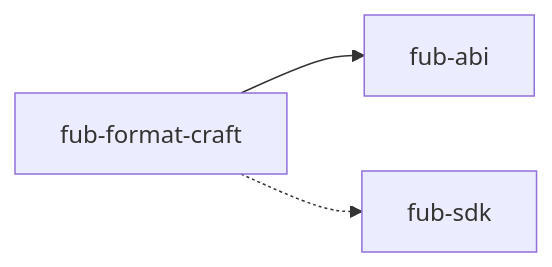
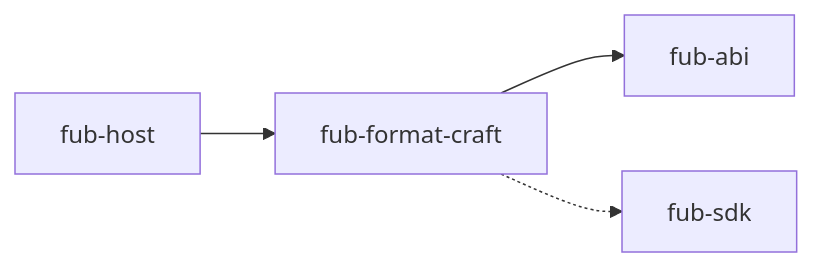
One commit to Fubeo/Fub changed the fourth of 5 diagrams in docs/architecture/overview.md. Above: the diagram before and after it, drawn with Mermaid. The commit also changed other lines of this file and 17 other files, not shown here.

Commit message:
feat(craft): il bundle fub.craft con l'anteprima dei file Craft

````diff
--- a/docs/architecture/overview.md
+++ b/docs/architecture/overview.md
@@ -230,12 +231,14 @@
 ```mermaid
 flowchart LR
     %% @grafo-dipendenze
     %% Il seguito del grafo: fub-format-craft.
 
     abi["fub-abi"]
     sdk["fub-sdk"]
+    host["fub-host"]
     craft["fub-format-craft"]
 
+    host --> craft
     craft --> abi
     craft -.-> sdk
 ```
````
